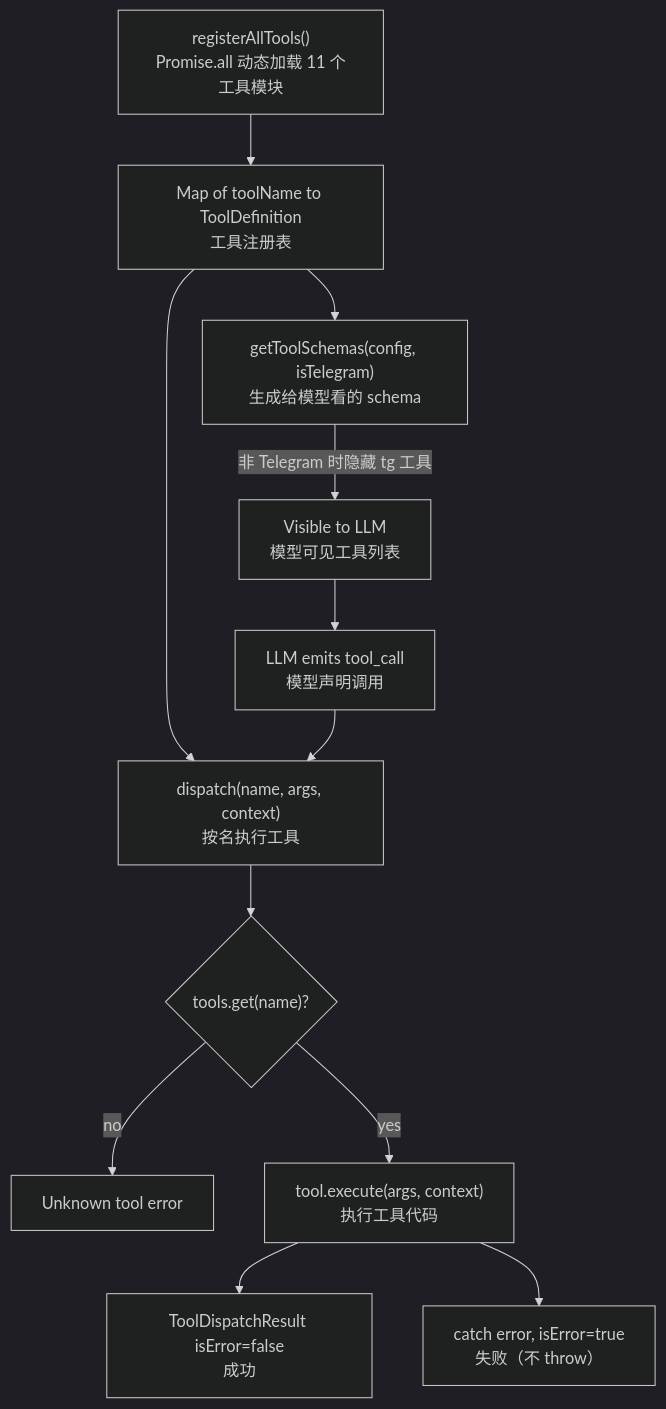
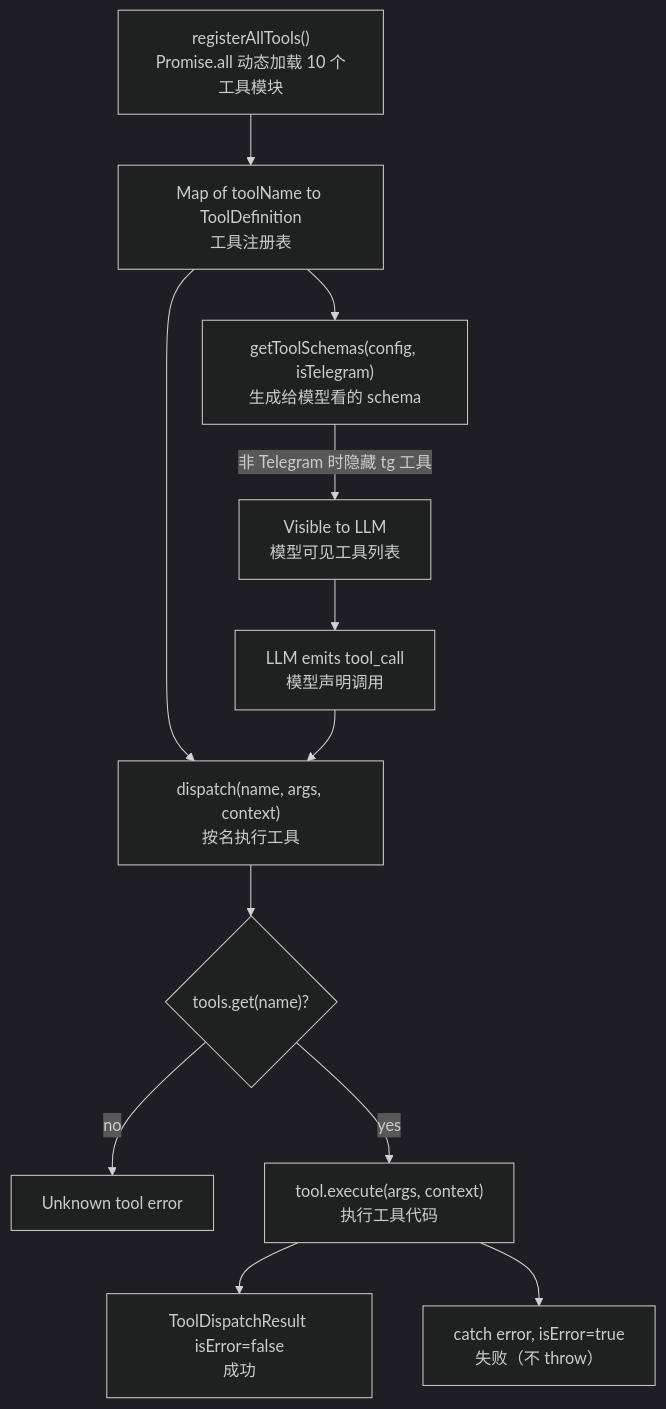
The sixth of 13 diagrams in docs/architecture-diagrams.md (boltguo/anya), drawn with Mermaid (dark theme) before and after one commit. The commit also changed other lines of this file and 48 other files, not shown here.

````diff
--- a/docs/architecture-diagrams.md
+++ b/docs/architecture-diagrams.md
@@ -217,17 +213,17 @@
 ```mermaid
 flowchart TD
-  IMPORTS["registerAllTools()\nPromise.all 动态加载 11 个工具模块"] --> REG["Map of toolName to ToolDefinition\n工具注册表"]
+  IMPORTS["registerAllTools()\nPromise.all 动态加载 10 个工具模块"] --> REG["Map of toolName to ToolDefinition\n工具注册表"]
 
   REG --> SCHEMAS["getToolSchemas(config, isTelegram)\n生成给模型看的 schema"]
   REG --> EXEC["dispatch(name, args, context)\n按名执行工具"]
 
   SCHEMAS -->|"非 Telegram 时隐藏 tg 工具"| MODEL["Visible to LLM\n模型可见工具列表"]
   MODEL --> CALL["LLM emits tool_call\n模型声明调用"]
   CALL --> EXEC
 
   EXEC --> FOUND{"tools.get(name)?"}
   FOUND -->|no| ERR1["Unknown tool error"]
   FOUND -->|yes| RUN["tool.execute(args, context)\n执行工具代码"]
   RUN --> OK["ToolDispatchResult isError=false\n成功"]
   RUN --> FAIL["catch error, isError=true\n失败（不 throw）"]
 ```
````
